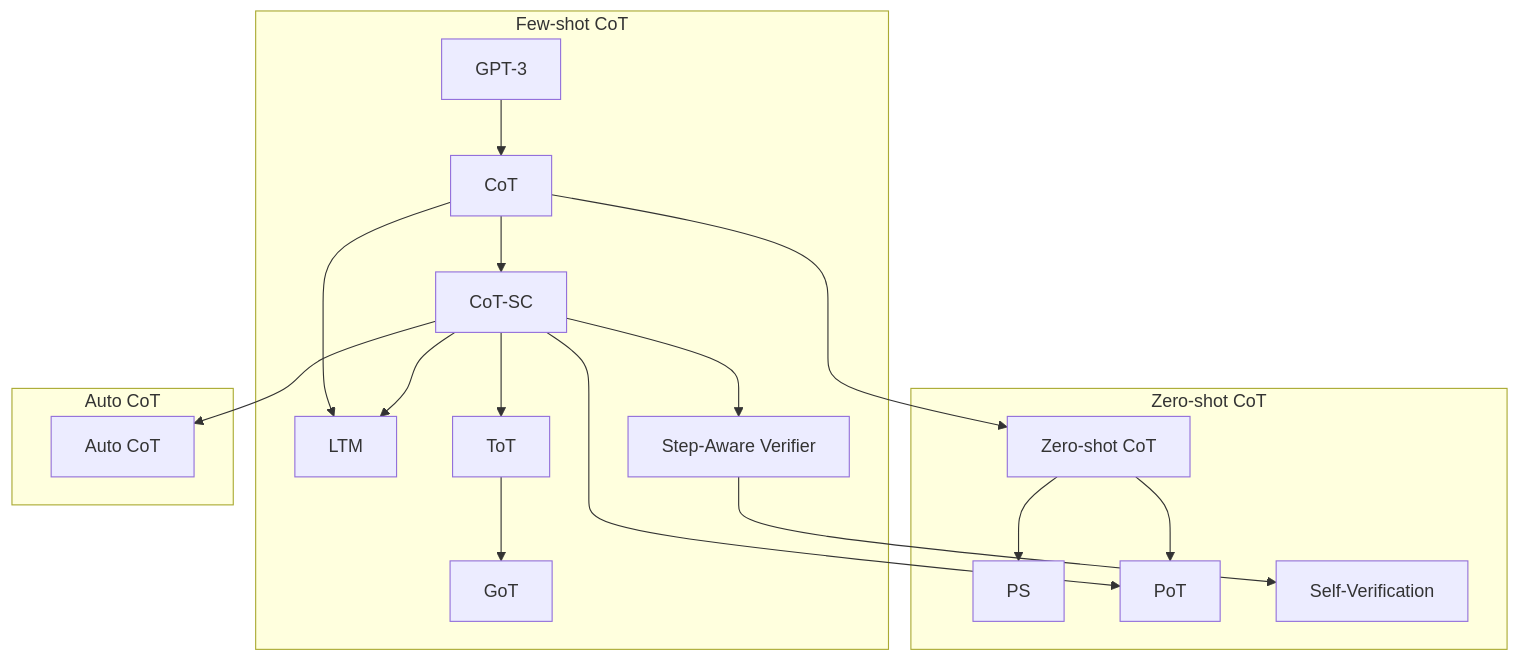
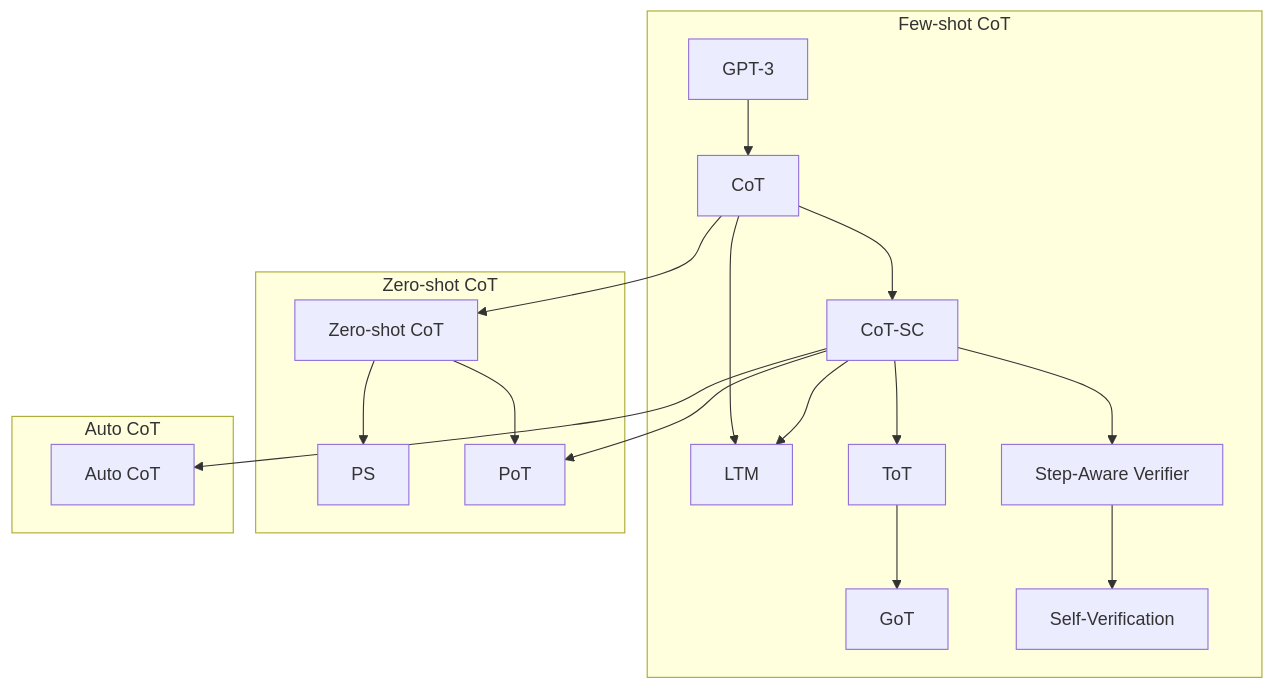
The diagram in References/Prompt Engineering/CoT based researches framework.md (SaoHuaJi/Learning-Records), drawn with Mermaid before and after one commit. The commit also changed other lines of this file and 1 other file, not shown here.

````diff
--- a/References/Prompt Engineering/CoT based researches framework.md
+++ b/References/Prompt Engineering/CoT based researches framework.md
@@ -3,22 +3,22 @@
 ```mermaid
 graph TD
     subgraph Few-shot CoT
         A0[GPT-3] --> A[CoT]
         A --> C[CoT-SC]
         A --> D[LTM]
         C --> D
         C --> G[ToT]
         G --> H[GoT]
         C --> I[Step-Aware Verifier]
+        I --> J[Self-Verification]
     end
     subgraph Zero-shot CoT
         A --> B[Zero-shot CoT]
         B --> E[PS]
         B --> F[PoT]
         C --> F
-        I --> J[Self-Verification]
     end
     subgraph Auto CoT
         C --> K[Auto CoT]
     end
 ```
````
